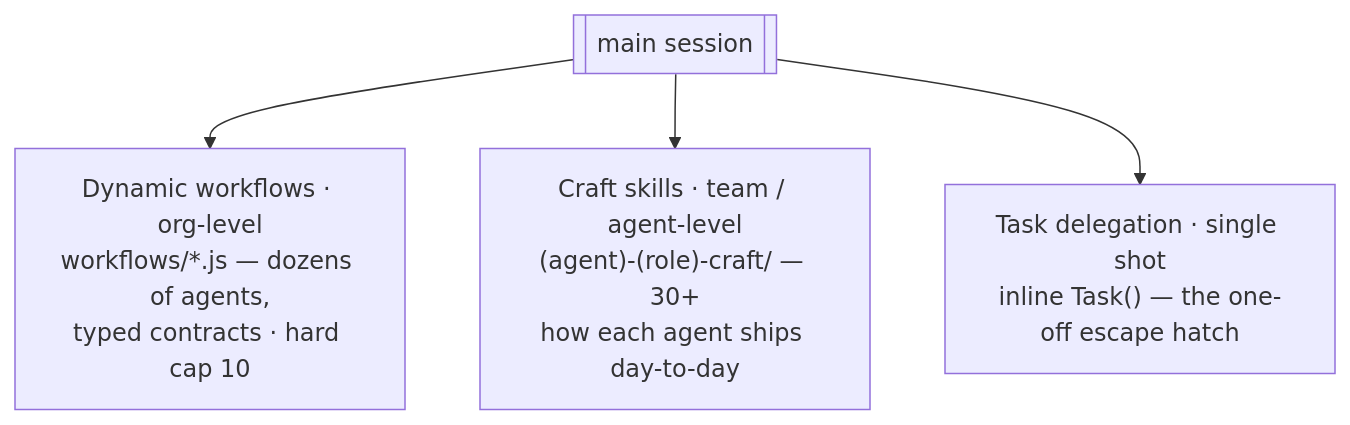
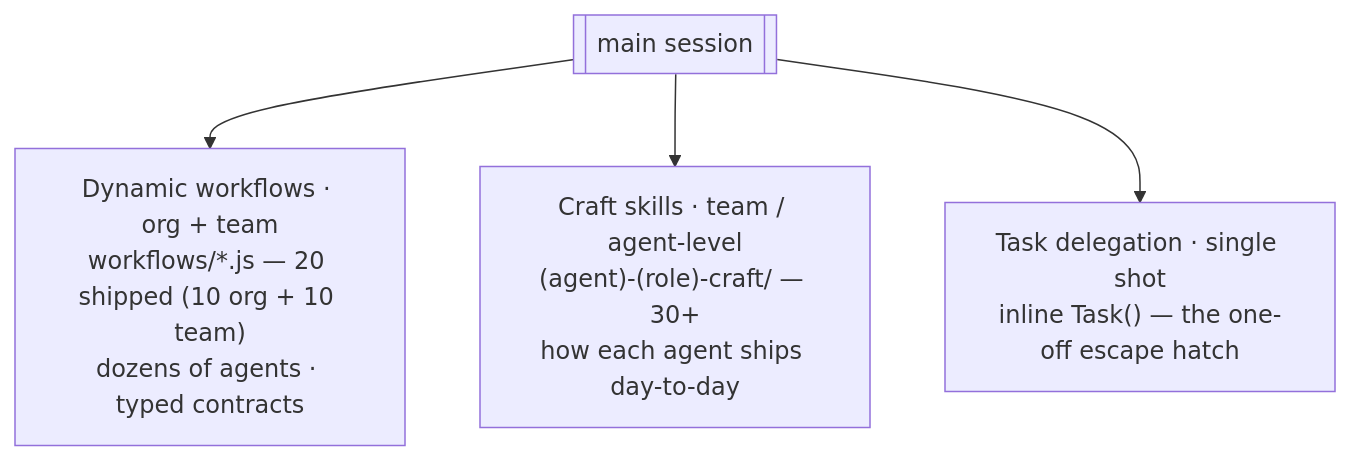
The diagram in docs/usage/09-workflows.md (mibienpanjoe/ares), drawn with Mermaid before and after one commit. The commit also changed other lines of this file, not shown here.

First line of the commit message:
docs(workflows) fix workflow-count inconsistency

````diff
--- a/docs/usage/09-workflows.md
+++ b/docs/usage/09-workflows.md
@@ -36,7 +37,7 @@
 ```mermaid
 graph TD
     MS[["main session"]]
-    MS --> WF["Dynamic workflows · org-level<br/>workflows/*.js — dozens of agents,<br/>typed contracts · hard cap 10"]
+    MS --> WF["Dynamic workflows · org + team<br/>workflows/*.js — 20 shipped (10 org + 10 team)<br/>dozens of agents · typed contracts"]
     MS --> CS["Craft skills · team / agent-level<br/>(agent)-(role)-craft/ — 30+<br/>how each agent ships day-to-day"]
     MS --> TD["Task delegation · single shot<br/>inline Task() — the one-off escape hatch"]
 ```
````
